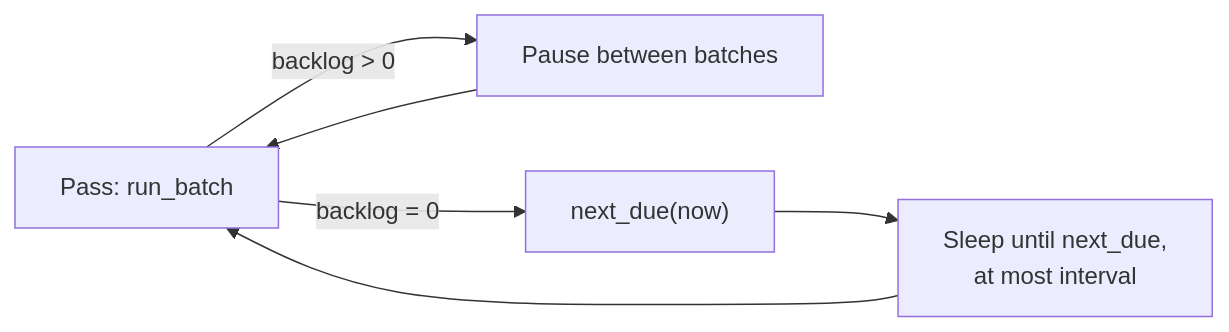
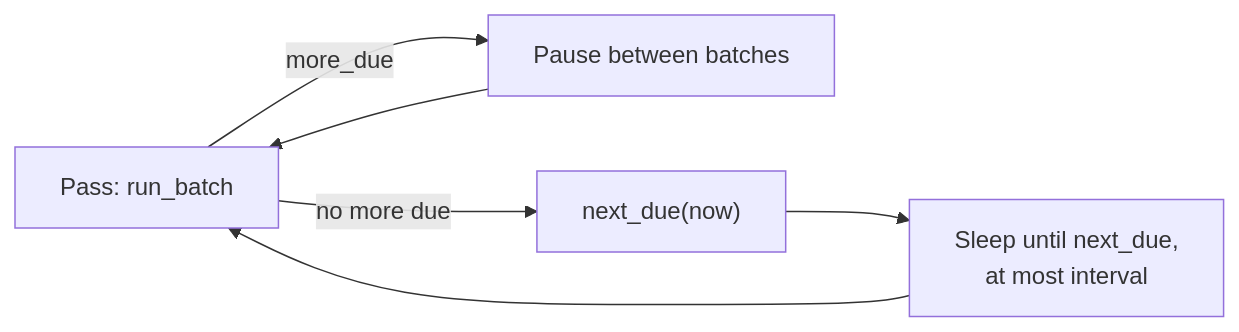
One commit to kamu-data/kamu-cli changed the diagram in docs/internal/housekeeping.md. Above: the diagram before and after it, drawn with Mermaid. The commit also changed other lines of this file and 56 other files, not shown here.

````diff
--- a/docs/internal/housekeeping.md
+++ b/docs/internal/housekeeping.md
@@ -88,8 +90,8 @@
 ```mermaid
 flowchart LR
-    Pass["Pass: run_batch"] -->|backlog > 0| Pause["Pause between batches"]
+    Pass["Pass: run_batch"] -->|more_due| Pause["Pause between batches"]
     Pause --> Pass
-    Pass -->|backlog = 0| Due["next_due(now)"]
+    Pass -->|no more due| Due["next_due(now)"]
     Due --> Sleep["Sleep until next_due,<br/>at most interval"]
     Sleep --> Pass
 ```
````
